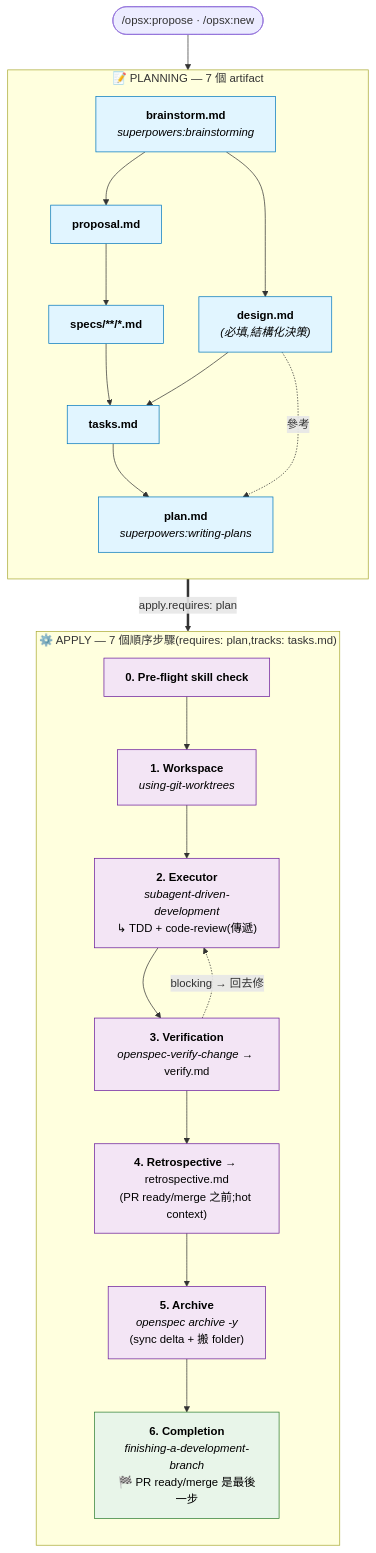
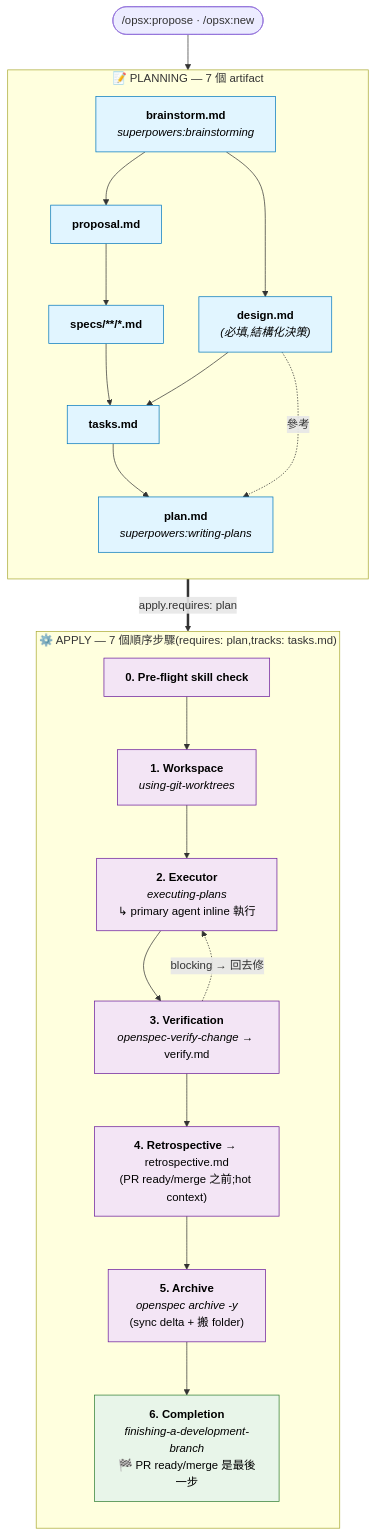
Before and after one commit to Aelvryx/mgba-wifi-link: the diagram in openspec/schemas/superpowers-bridge/README.zh-TW.md, drawn with Mermaid. The commit also changed other lines of this file and 5 other files, not shown here.

````diff
--- a/openspec/schemas/superpowers-bridge/README.zh-TW.md
+++ b/openspec/schemas/superpowers-bridge/README.zh-TW.md
@@ -221,48 +221,48 @@
 ```mermaid
 flowchart TD
     Start([/opsx:propose · /opsx:new])
 
     subgraph Plan ["📝 PLANNING — 7 個 artifact"]
         direction TB
         BS["<b>brainstorm.md</b><br/><i>superpowers:brainstorming</i>"]
         PROP["<b>proposal.md</b>"]
         DES["<b>design.md</b><br/><i>(必填,結構化決策)</i>"]
         SP["<b>specs/**/*.md</b>"]
         TK["<b>tasks.md</b>"]
         PL["<b>plan.md</b><br/><i>superpowers:writing-plans</i>"]
 
         BS --> PROP
         BS --> DES
         PROP --> SP
         SP --> TK
         DES --> TK
         TK --> PL
         DES -. 參考 .-> PL
     end
 
     subgraph Apply ["⚙️ APPLY — 7 個順序步驟(requires: plan,tracks: tasks.md)"]
         direction TB
         A0["<b>0. Pre-flight skill check</b>"]
         A1["<b>1. Workspace</b><br/><i>using-git-worktrees</i>"]
-        A2["<b>2. Executor</b><br/><i>subagent-driven-development</i><br/>↳ TDD + code-review(傳遞)"]
+        A2["<b>2. Executor</b><br/><i>executing-plans</i><br/>↳ primary agent inline 執行"]
         A3["<b>3. Verification</b><br/><i>openspec-verify-change</i> → verify.md"]
         A4["<b>4. Retrospective</b> → retrospective.md<br/>(PR ready/merge 之前;hot context)"]
         A5["<b>5. Archive</b><br/><i>openspec archive -y</i><br/>(sync delta + 搬 folder)"]
         A6["<b>6. Completion</b><br/><i>finishing-a-development-branch</i><br/>🏁 PR ready/merge 是最後一步"]
 
         A0 --> A1 --> A2 --> A3
         A3 -. blocking → 回去修 .-> A2
         A3 --> A4 --> A5 --> A6
     end
 
     Start --> BS
     PL ==>|apply.requires: plan| A0
 
     classDef artifact fill:#e1f5ff,stroke:#0277bd,color:#000
     classDef step fill:#f3e5f5,stroke:#6a1b9a,color:#000
     classDef capstone fill:#e8f5e9,stroke:#2e7d32,color:#000
 
     class BS,PROP,DES,SP,TK,PL artifact
     class A0,A1,A2,A3,A4,A5 step
     class A6 capstone
 ```
````
